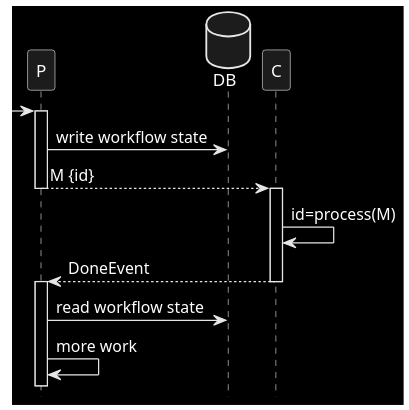
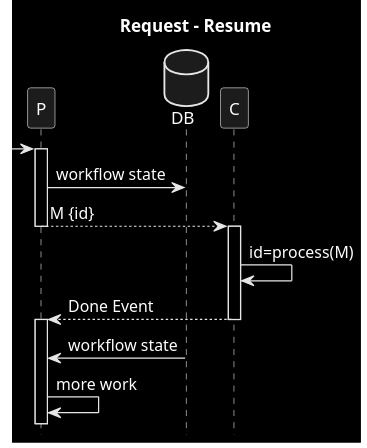
The diagram in patterns/4_request_resume.puml (victorrentea/kafka), drawn with PlantUML before and after one commit. The commit also changed 15 other files, not shown here.

```diff
--- a/patterns/4_request_resume.puml
+++ b/patterns/4_request_resume.puml
@@ -1,19 +1,20 @@
 @startuml
+title Request - Resume
 hide footbox
 skinparam monochrome reverse
 database DB order 9
 participant C order 10
 
 ->P
 activate P
-P->DB: write workflow state
+P->DB: workflow state
 P-->C: M {id}
 deactivate P
 activate C
 C->C: id=process(M)
-C-->P: DoneEvent
+C-->P: Done Event
 deactivate C
 activate P
-P->DB: read workflow state
+P<-DB: workflow state
 P->P: more work
 @enduml
```
